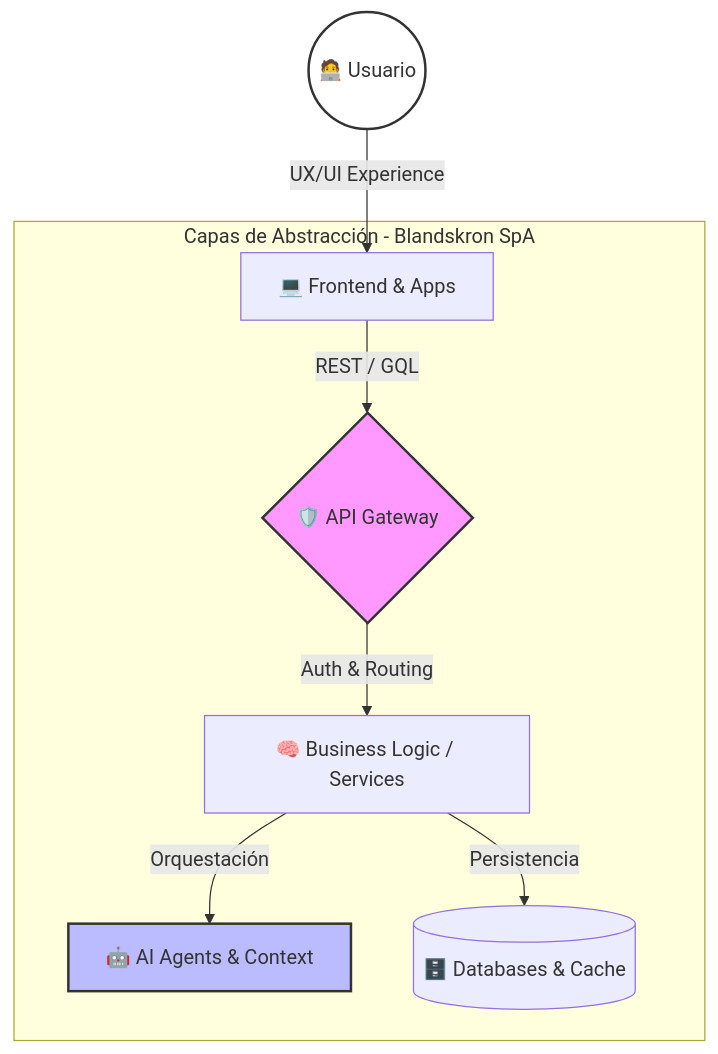
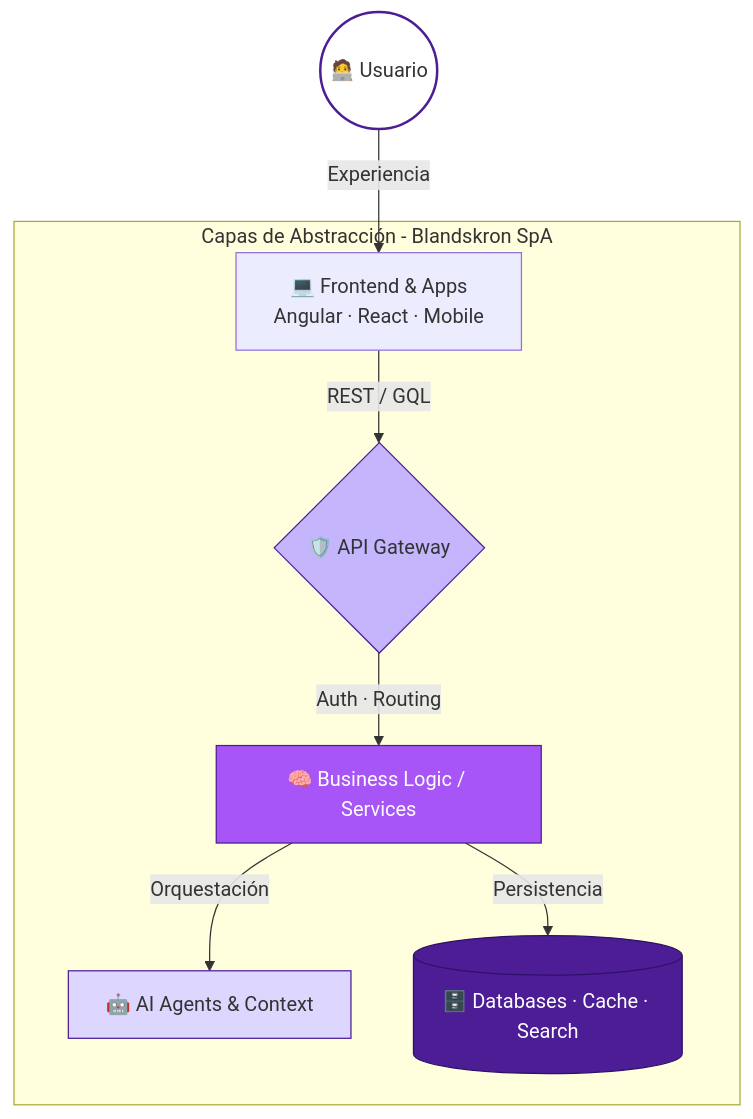
One commit to Blandskron/Blandskron changed the diagram in README.md. Above: the diagram before and after it, drawn with Mermaid. The commit also changed other lines of this file, not shown here.

`````diff
--- a/README.md
+++ b/README.md
@@ -66,13 +71,17 @@
 ```mermaid
 graph TD
-    User((🧑‍💻 Usuario)) -->|UX/UI Experience| Client
+    User((🧑‍💻 Usuario)) -->|Experiencia| Client
+
     subgraph "Capas de Abstracción - Blandskron SpA"
-        Client[💻 Frontend & Apps] -->|REST / GQL| Gateway{🛡️ API Gateway}
-        Gateway -->|Auth & Routing| Core[🧠 Business Logic / Services]
+        Client[💻 Frontend & Apps\nAngular · React · Mobile] -->|REST / GQL| Gateway{🛡️ API Gateway}
+        Gateway -->|Auth · Routing| Core[🧠 Business Logic / Services]
         Core -->|Orquestación| AI[🤖 AI Agents & Context]
-        Core -->|Persistencia| Data[(🗄️ Databases & Cache)]
+        Core -->|Persistencia| Data[(🗄️ Databases · Cache · Search)]
     end
-    style User fill:#fff,stroke:#333,stroke-width:2px
-    style Gateway fill:#f9f,stroke:#333,stroke-width:2px
-    style AI fill:#bbf,stroke:#333,stroke-width:2px
+
+    style User fill:#ffffff,stroke:#4C1D95,stroke-width:2px
+    style Gateway fill:#C4B5FD,stroke:#4C1D95,stroke-width:1px
+    style Core fill:#A855F7,stroke:#4C1D95,stroke-width:1px,color:#ffffff
+    style AI fill:#DDD6FE,stroke:#4C1D95,stroke-width:1px
+    style Data fill:#4C1D95,stroke:#2E1065,stroke-width:1px,color:#ffffff
 ````
`````
